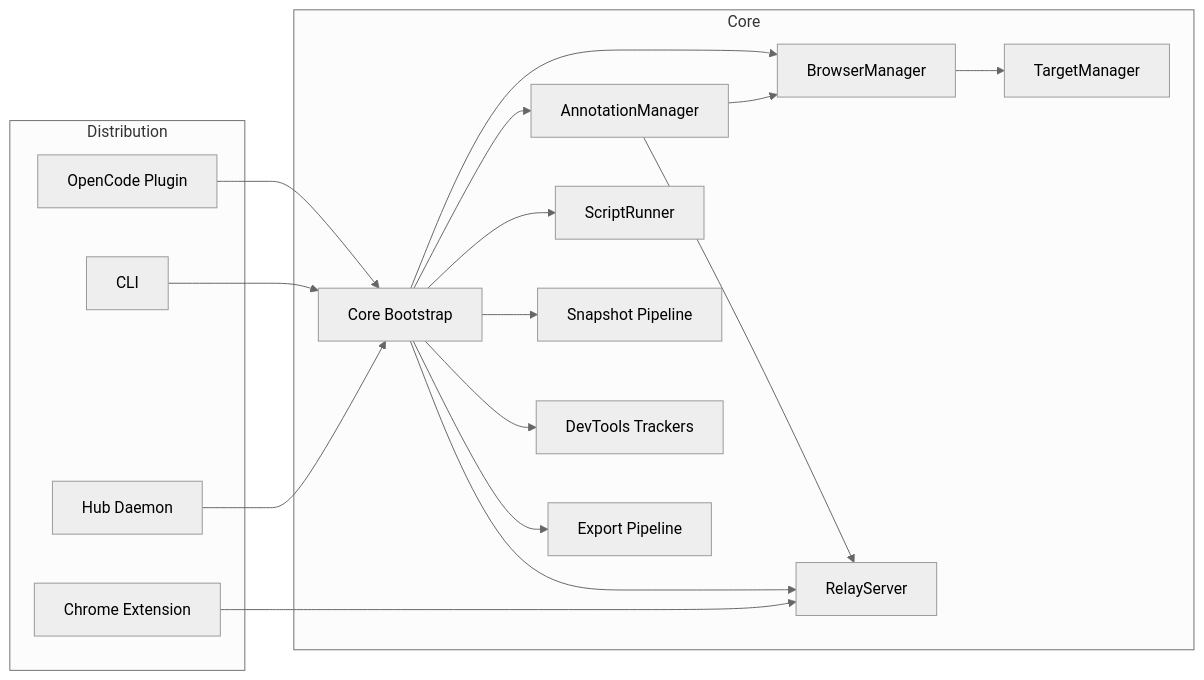
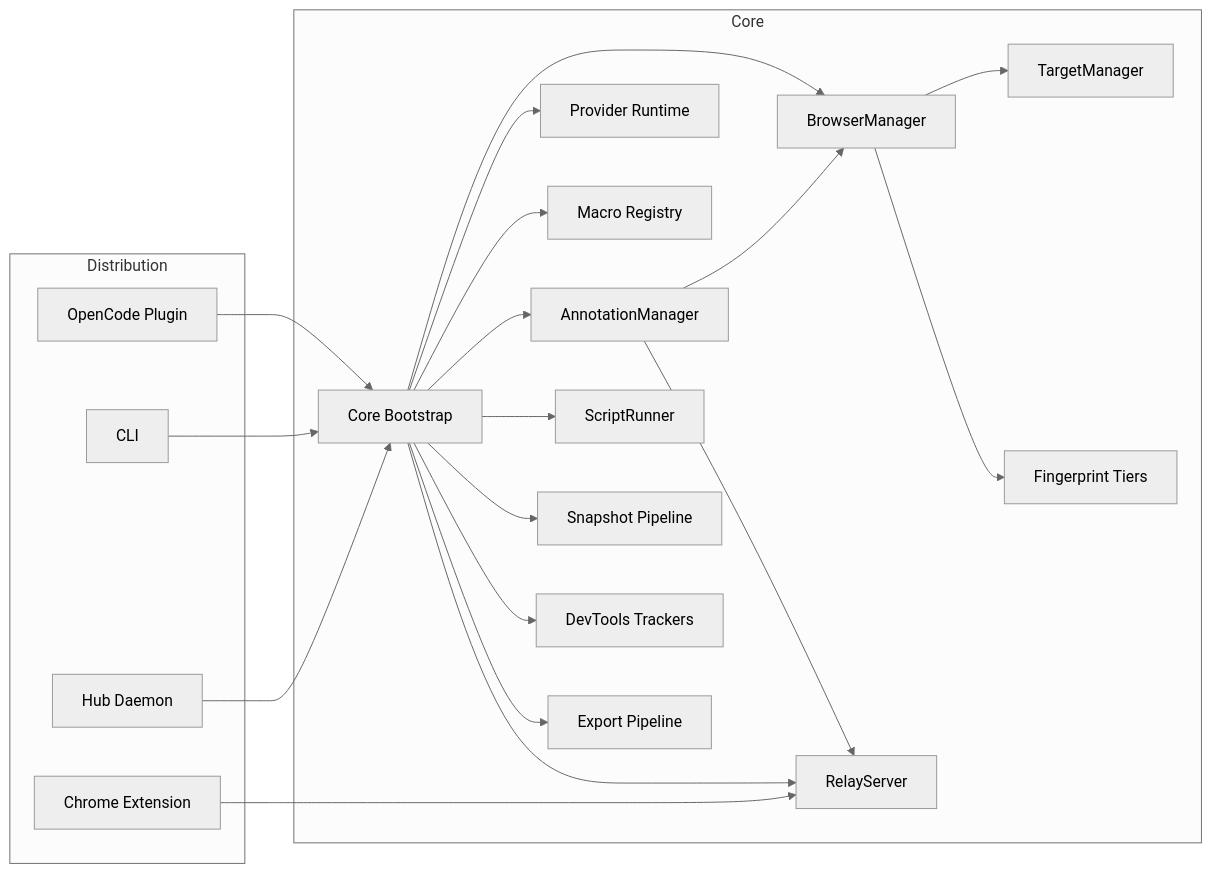
Before and after one commit to freshtechbro/opendevbrowser: the first of 3 diagrams in docs/ARCHITECTURE.md, drawn with Mermaid (neutral theme). The commit also changed other lines of this file and 15 other files, not shown here.

````diff
--- a/docs/ARCHITECTURE.md
+++ b/docs/ARCHITECTURE.md
@@ -25,37 +26,43 @@
 ```mermaid
 flowchart LR
   subgraph Distribution
     Plugin[OpenCode Plugin]
     CLI[CLI]
     Hub[Hub Daemon]
     Extension[Chrome Extension]
   end
 
   subgraph Core
     CoreBootstrap[Core Bootstrap]
     BrowserManager[BrowserManager]
     TargetManager[TargetManager]
+    ProviderRuntime[Provider Runtime]
+    MacroRegistry[Macro Registry]
+    Fingerprint[Fingerprint Tiers]
     AnnotationManager[AnnotationManager]
     ScriptRunner[ScriptRunner]
     Snapshotter[Snapshot Pipeline]
     Devtools[DevTools Trackers]
     Exporter[Export Pipeline]
     Relay[RelayServer]
   end
 
   Plugin --> CoreBootstrap
   CLI --> CoreBootstrap
   Hub --> CoreBootstrap
   Extension --> Relay
 
   CoreBootstrap --> BrowserManager
   BrowserManager --> TargetManager
+  CoreBootstrap --> ProviderRuntime
+  CoreBootstrap --> MacroRegistry
+  BrowserManager --> Fingerprint
   CoreBootstrap --> AnnotationManager
   AnnotationManager --> BrowserManager
   AnnotationManager --> Relay
   CoreBootstrap --> ScriptRunner
   CoreBootstrap --> Snapshotter
   CoreBootstrap --> Devtools
   CoreBootstrap --> Exporter
   CoreBootstrap --> Relay
 ```
````
